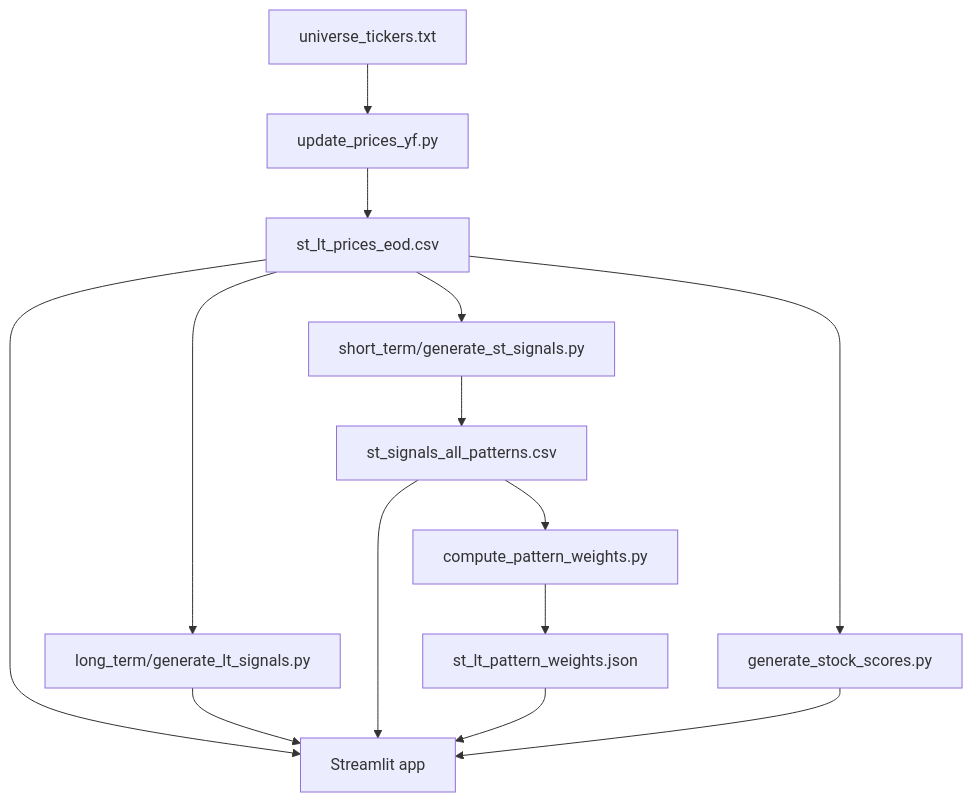
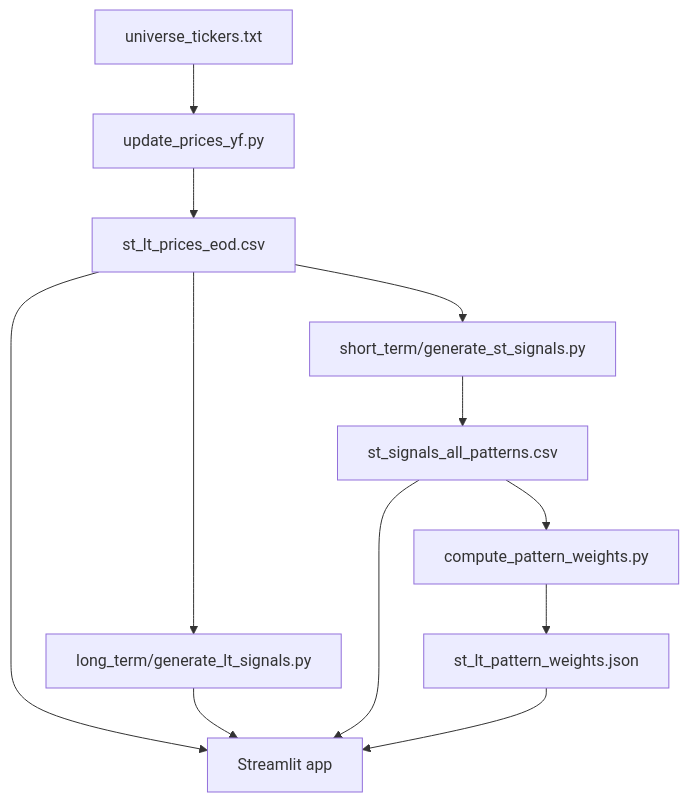
Before and after one commit to SarbariRoy/stock-operator: the diagram in stock_triggers/README.md, drawn with Mermaid. The commit also changed other lines of this file and 24 other files, not shown here.

Commit message:
chore: remove stock scores, decouple RSI, and skip daily candle recompute

````diff
--- a/stock_triggers/README.md
+++ b/stock_triggers/README.md
@@ -41,16 +40,14 @@
 ```mermaid
 flowchart TD
     A[universe_tickers.txt] --> B[update_prices_yf.py]
     B --> C[st_lt_prices_eod.csv]
     C --> D[long_term/generate_lt_signals.py]
     C --> E[short_term/generate_st_signals.py]
     E --> F[st_signals_all_patterns.csv]
     F --> G[compute_pattern_weights.py]
     G --> H[st_lt_pattern_weights.json]
-    C --> I[generate_stock_scores.py]
     C --> J[Streamlit app]
     D --> J
     F --> J
     H --> J
-    I --> J
 ```
````
